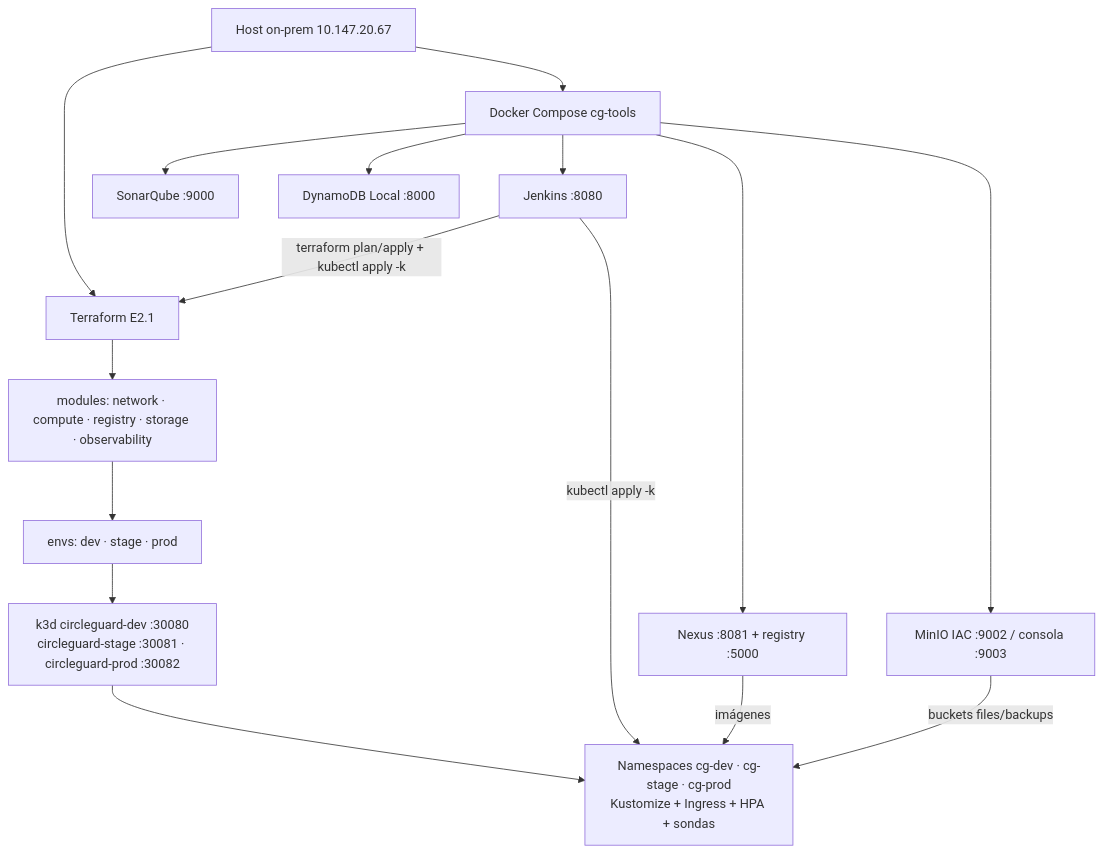
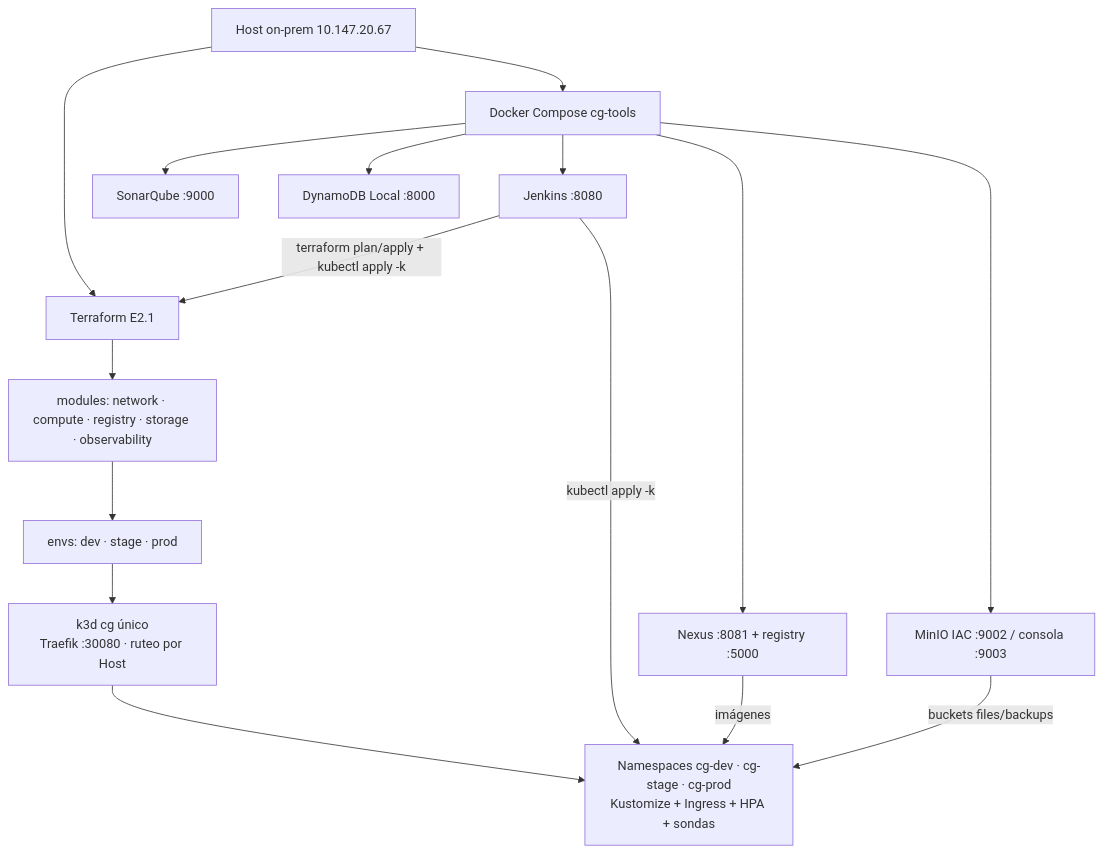
The diagram in docs/diagramas/01-arquitectura-onprem.mmd (ingesoft5/circle-guard-finalproject-A00401805-A00405090-A00401428-A00377013), drawn with Mermaid before and after one commit. The commit also changed 14 other files, not shown here.

```diff
--- a/docs/diagramas/01-arquitectura-onprem.mmd
+++ b/docs/diagramas/01-arquitectura-onprem.mmd
@@ -1,29 +1,29 @@
 flowchart TB
   HOST["Host on-prem 10.147.20.67"]
   TOOLS["Docker Compose cg-tools"]
   JENKINS["Jenkins :8080"]
   SONAR["SonarQube :9000"]
   NEXUS["Nexus :8081 + registry :5000"]
   MINIO["MinIO IAC :9002 / consola :9003"]
   DDB["DynamoDB Local :8000"]
   TF["Terraform E2.1"]
   MOD["modules: network · compute · registry · storage · observability"]
   ENVS["envs: dev · stage · prod"]
-  K3D["k3d circleguard-dev :30080<br/>circleguard-stage :30081 · circleguard-prod :30082"]
+  K3D["k3d cg único<br/>Traefik :30080 · ruteo por Host"]
   APPS["Namespaces cg-dev · cg-stage · cg-prod<br/>Kustomize + Ingress + HPA + sondas"]
 
   HOST --> TOOLS
   HOST --> TF
   TOOLS --> JENKINS
   TOOLS --> SONAR
   TOOLS --> NEXUS
   TOOLS --> MINIO
   TOOLS --> DDB
   TF --> MOD
   MOD --> ENVS
   ENVS --> K3D
   K3D --> APPS
   JENKINS -->|"terraform plan/apply + kubectl apply -k"| TF
   JENKINS -->|"kubectl apply -k"| APPS
   NEXUS -->|"imágenes"| APPS
   MINIO -->|"buckets files/backups"| APPS
```
